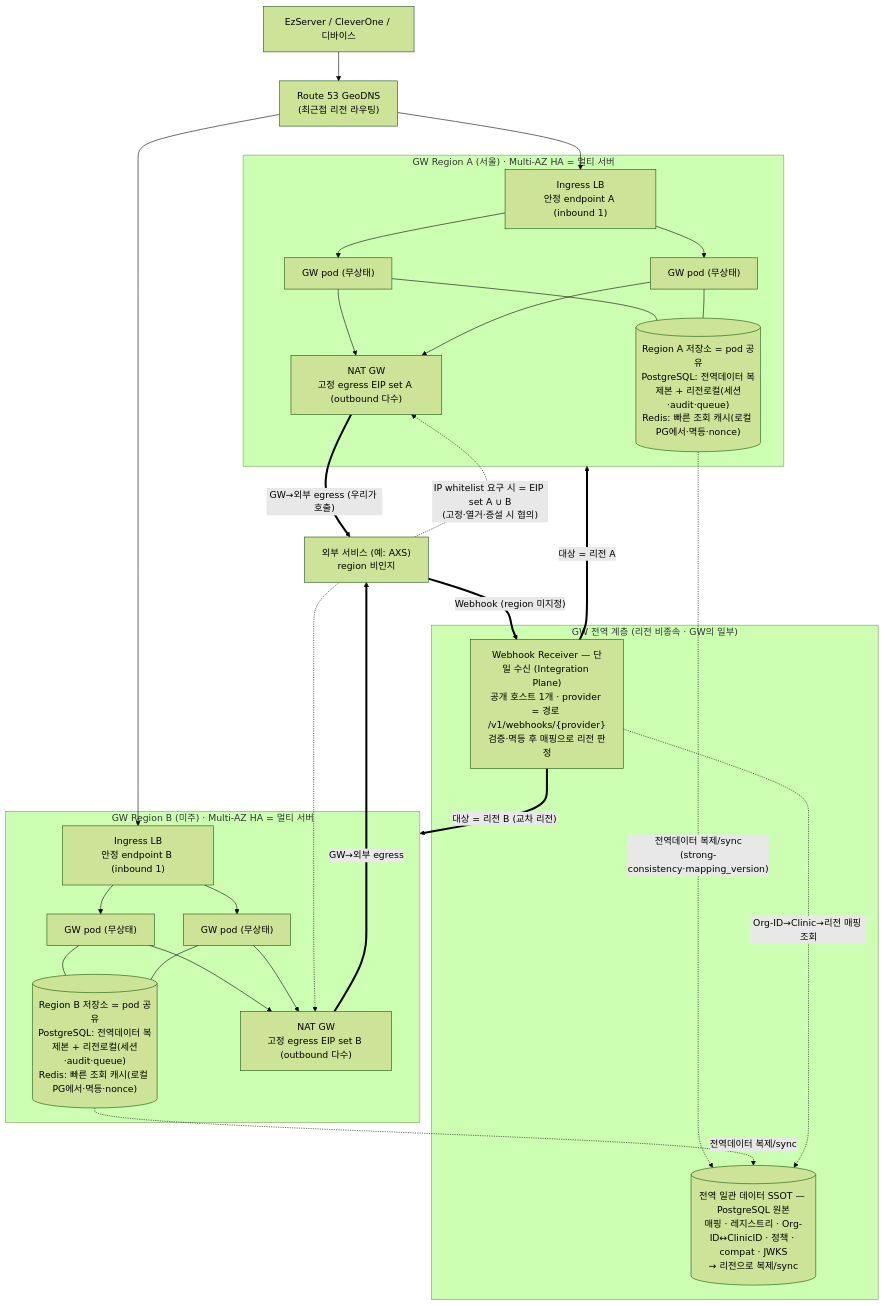
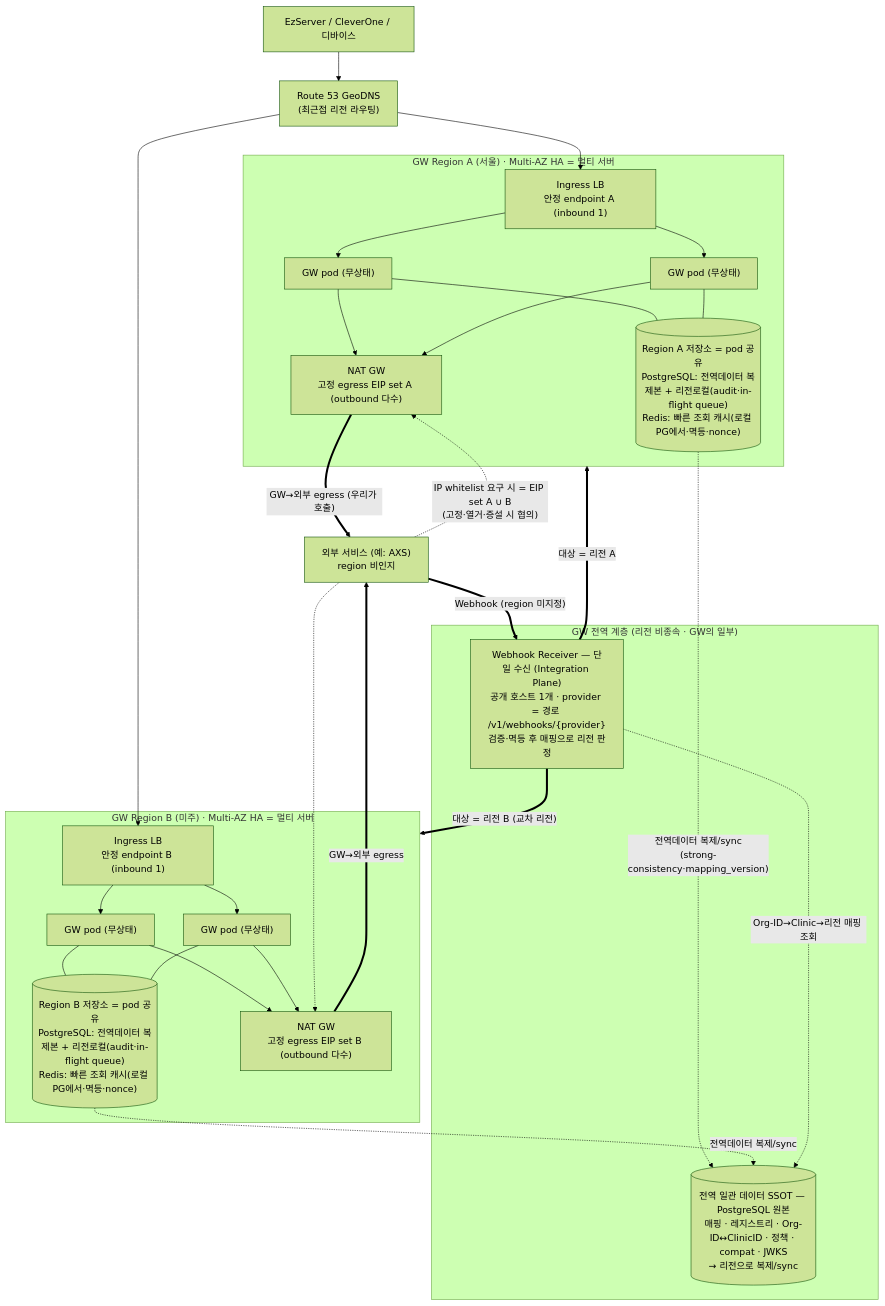
The second of 10 diagrams in docs/VT_API_Gateway/08.VT_API_Gateway/specs/03-srs-gateway/SRS.md (gracegyu/scp-architecture), drawn with Mermaid (forest theme) before and after one commit. The commit also changed other lines of this file and 6 other files, not shown here.

````diff
--- a/docs/VT_API_Gateway/08.VT_API_Gateway/specs/03-srs-gateway/SRS.md
+++ b/docs/VT_API_Gateway/08.VT_API_Gateway/specs/03-srs-gateway/SRS.md
@@ -190,56 +189,56 @@
 ```mermaid
 flowchart TB
     EZ["EzServer / CleverOne / 디바이스"]
     R53["Route 53 GeoDNS<br/>(최근접 리전 라우팅)"]
     EZ --> R53
 
     subgraph GTIER["GW 전역 계층 (리전 비종속 · GW의 일부)"]
         WHIN["Webhook Receiver — 단일 수신 (Integration Plane)<br/>공개 호스트 1개 · provider = 경로 /v1/webhooks/{provider}<br/>검증·멱등 후 매핑으로 리전 판정"]
         GLOBAL[("전역 일관 데이터 SSOT — PostgreSQL 원본<br/>매핑 · 레지스트리 · Org-ID↔ClinicID · 정책 · compat · JWKS<br/>→ 리전으로 복제/sync")]
     end
 
     subgraph RA["GW Region A (서울) · Multi-AZ HA = 멀티 서버"]
         LBA["Ingress LB<br/>안정 endpoint A (inbound 1)"]
         GA1["GW pod (무상태)"]
         GA2["GW pod (무상태)"]
-        STA[("Region A 저장소 = pod 공유<br/>PostgreSQL: 전역데이터 복제본 + 리전로컬(세션·audit·queue)<br/>Redis: 빠른 조회 캐시(로컬 PG에서·멱등·nonce)")]
+        STA[("Region A 저장소 = pod 공유<br/>PostgreSQL: 전역데이터 복제본 + 리전로컬(audit·in-flight queue)<br/>Redis: 빠른 조회 캐시(로컬 PG에서·멱등·nonce)")]
         NATA["NAT GW<br/>고정 egress EIP set A (outbound 다수)"]
         LBA --> GA1
         LBA --> GA2
         GA1 --- STA
         GA2 --- STA
         GA1 --> NATA
         GA2 --> NATA
     end
 
     subgraph RB["GW Region B (미주) · Multi-AZ HA = 멀티 서버"]
         LBB["Ingress LB<br/>안정 endpoint B (inbound 1)"]
         GB1["GW pod (무상태)"]
         GB2["GW pod (무상태)"]
-        STB[("Region B 저장소 = pod 공유<br/>PostgreSQL: 전역데이터 복제본 + 리전로컬(세션·audit·queue)<br/>Redis: 빠른 조회 캐시(로컬 PG에서·멱등·nonce)")]
+        STB[("Region B 저장소 = pod 공유<br/>PostgreSQL: 전역데이터 복제본 + 리전로컬(audit·in-flight queue)<br/>Redis: 빠른 조회 캐시(로컬 PG에서·멱등·nonce)")]
         NATB["NAT GW<br/>고정 egress EIP set B (outbound 다수)"]
         LBB --> GB1
         LBB --> GB2
         GB1 --- STB
         GB2 --- STB
         GB1 --> NATB
         GB2 --> NATB
     end
 
     R53 --> LBA
     R53 --> LBB
 
     STA -.->|"전역데이터 복제/sync<br/>(strong-consistency·mapping_version)"| GLOBAL
     STB -.->|"전역데이터 복제/sync"| GLOBAL
 
     EXT["외부 서비스 (예: AXS)<br/>region 비인지"]
     NATA ==>|"GW→외부 egress (우리가 호출)"| EXT
     NATB ==>|"GW→외부 egress"| EXT
     EXT -.->|"IP whitelist 요구 시 = EIP set A ∪ B<br/>(고정·열거·증설 시 협의)"| NATA
     EXT -.-> NATB
 
     EXT ==>|"Webhook (region 미지정)"| WHIN
     WHIN -.->|"Org-ID→Clinic→리전 매핑 조회"| GLOBAL
     WHIN ==>|"대상 = 리전 A"| RA
     WHIN ==>|"대상 = 리전 B (교차 리전)"| RB
 ```
````
